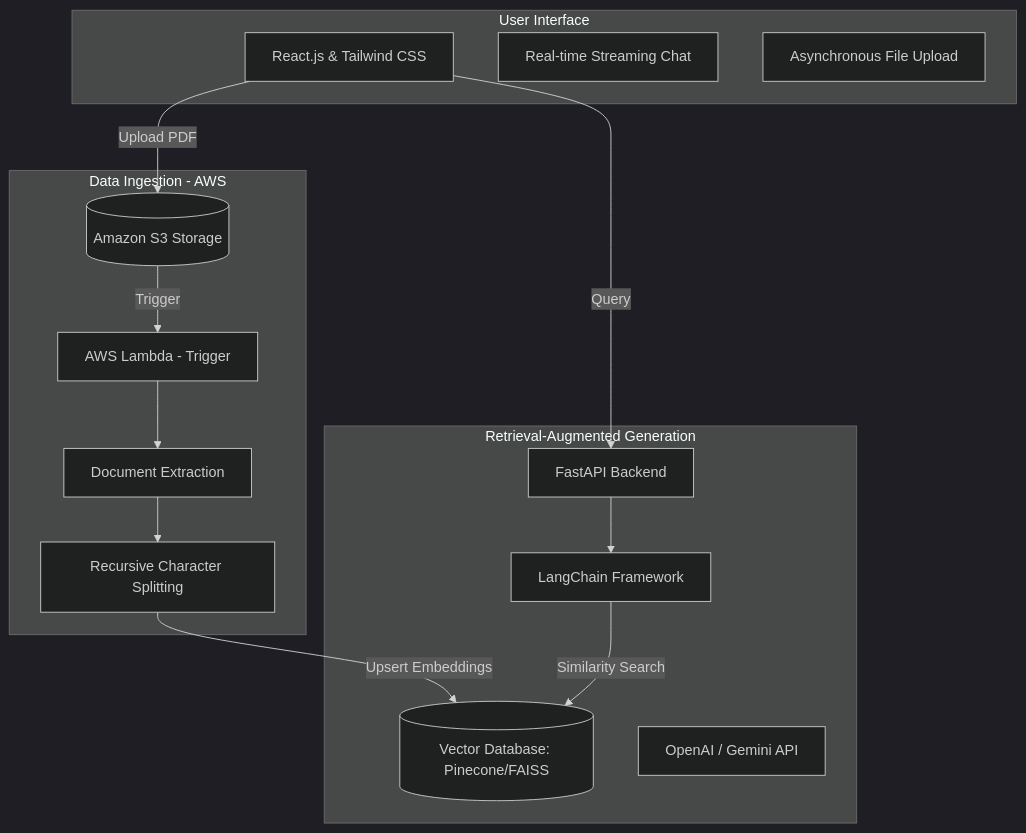
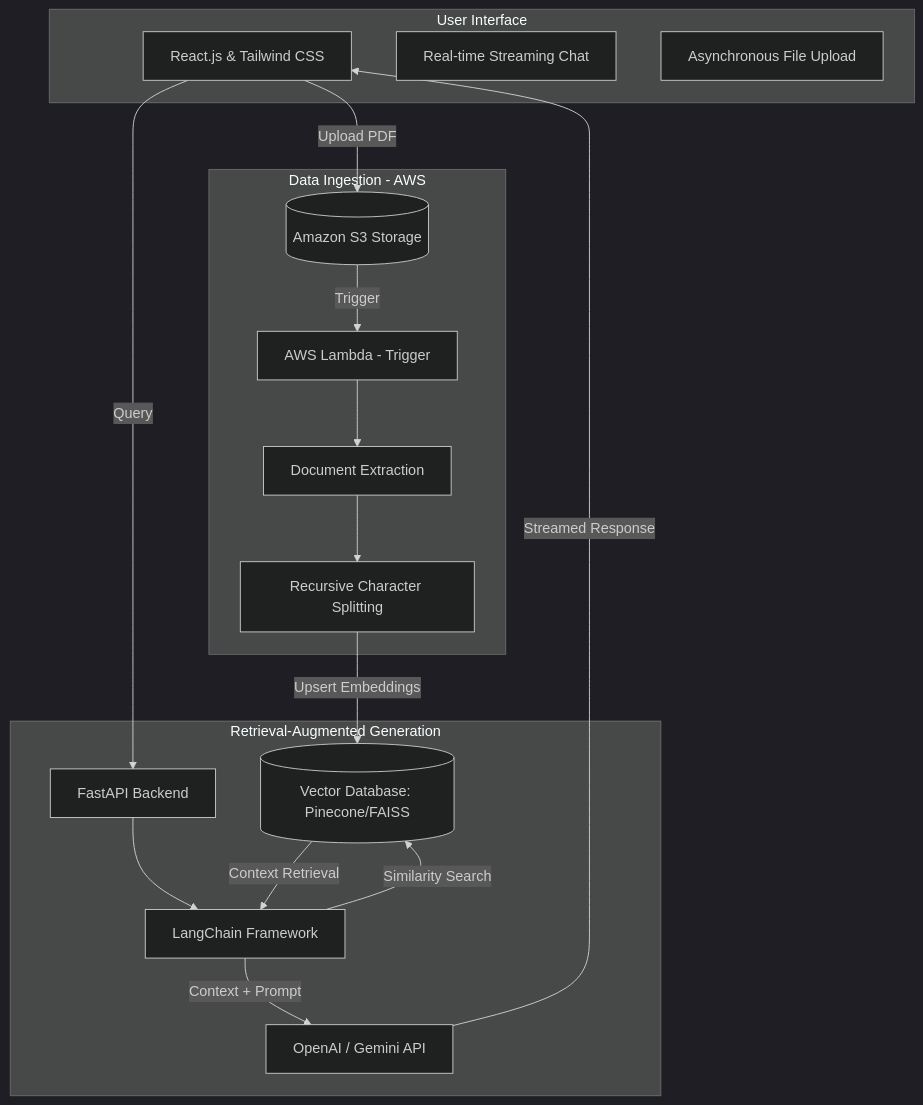
The diagram in README.md (kadiyalaabhishek/DocuMind-AI-RAG-Engine), drawn with Mermaid (dark theme) before and after one commit.

````diff
--- a/README.md
+++ b/README.md
@@ -1,32 +1,36 @@
 ```mermaid
 graph TD
     subgraph Frontend_Layer [User Interface]
         UI[React.js & Tailwind CSS]
         Chat[Real-time Streaming Chat]
         Upload[Asynchronous File Upload]
     end
 
     subgraph Serverless_Ingestion [Data Ingestion - AWS]
         S3[(Amazon S3 Storage)]
         Lambda[AWS Lambda - Trigger]
         Extract[Document Extraction]
         Chunking[Recursive Character Splitting]
     end
 
     subgraph RAG_Pipeline [Retrieval-Augmented Generation]
         FastAPI[FastAPI Backend]
         LC[LangChain Framework]
         VectorDB[(Vector Database: Pinecone/FAISS)]
         LLM[OpenAI / Gemini API]
     end
 
+    %% Connections
     UI -->|Upload PDF| S3
     S3 -->|Trigger| Lambda
     Lambda --> Extract
     Extract --> Chunking
     Chunking -->|Upsert Embeddings| VectorDB
 
     UI -->|Query| FastAPI
     FastAPI --> LC
     LC -->|Similarity Search| VectorDB
+    VectorDB -->|Context Retrieval| LC
+    LC -->|Context + Prompt| LLM
+    LLM -->|Streamed Response| UI
 ```
````
